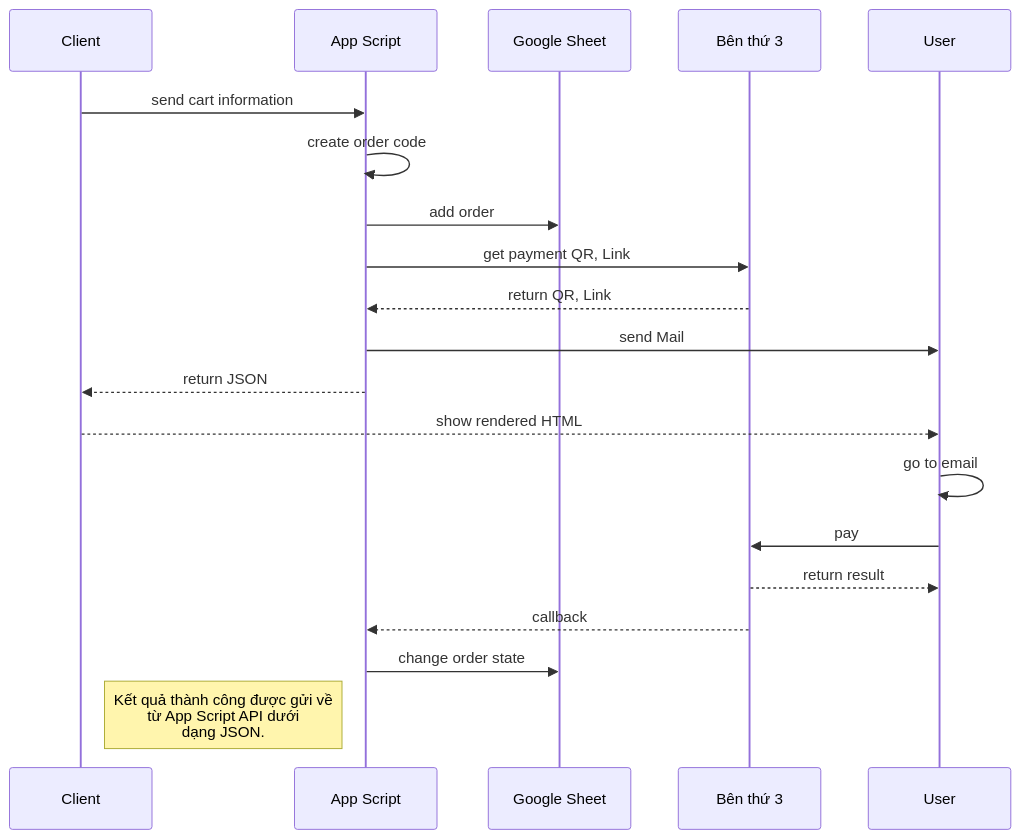
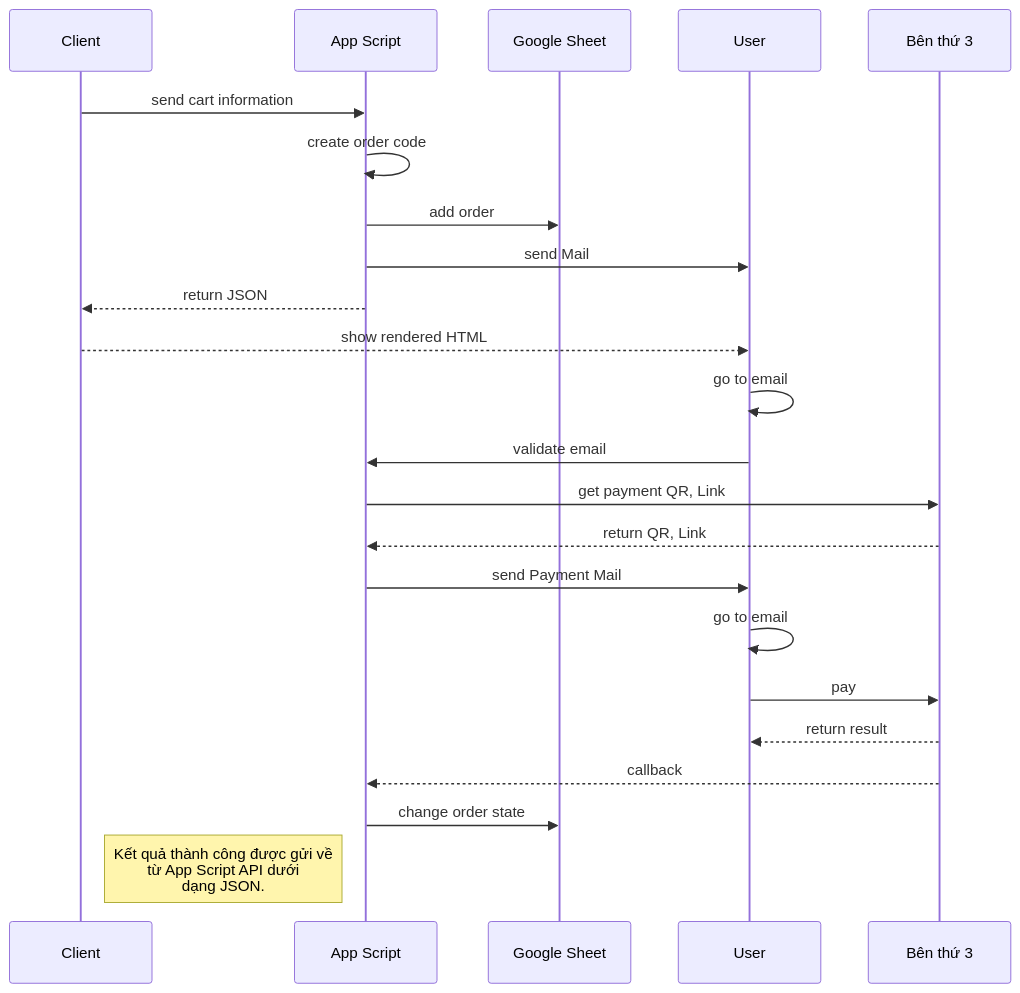
Before and after one commit to daovietanh190499/Shopsmon: the eighth of 8 diagrams in README.md, drawn with Mermaid.

````diff
--- a/README.md
+++ b/README.md
@@ -173,17 +173,20 @@
 ```mermaid
 sequenceDiagram
 Client ->> App Script: send cart information
 App Script ->> App Script: create order code
 App Script ->> Google Sheet: add order
-App Script ->> Bên thứ 3: get payment QR, Link
-Bên thứ 3 -->> App Script: return QR, Link
 App Script ->> User: send Mail
 App Script-->>Client: return JSON
 Client -->> User: show rendered HTML
+User ->> User: go to email
+User ->> App Script: validate email
+App Script ->> Bên thứ 3: get payment QR, Link
+Bên thứ 3 -->> App Script: return QR, Link
+App Script ->> User: send Payment Mail
 User ->> User: go to email
 User ->> Bên thứ 3: pay
 Bên thứ 3 -->> User: return result
 Bên thứ 3 -->> App Script: callback
 App Script->>Google Sheet: change order state
 Note right of Client: Kết quả thành công được gửi về <br/> từ App Script API dưới <br/> dạng JSON.
 ```
````
